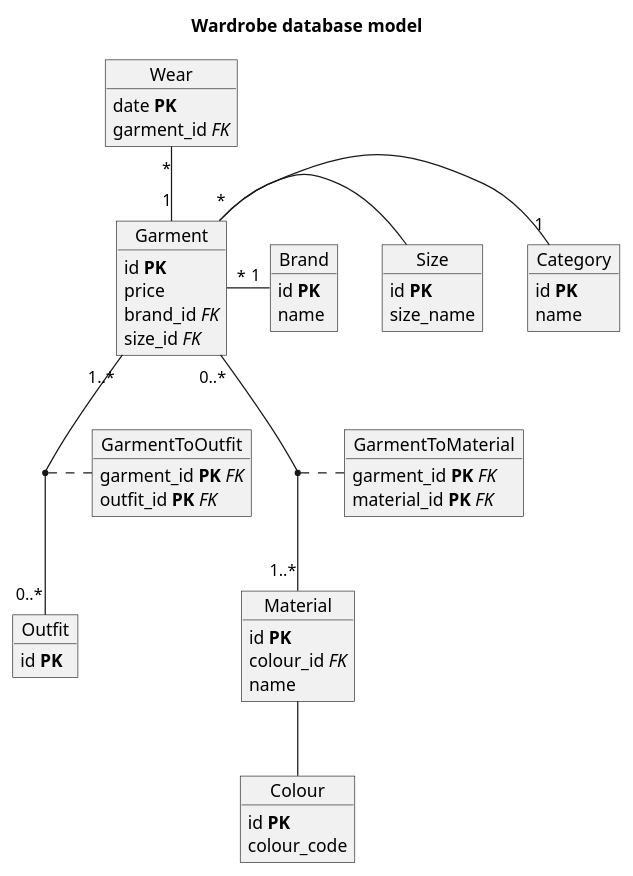
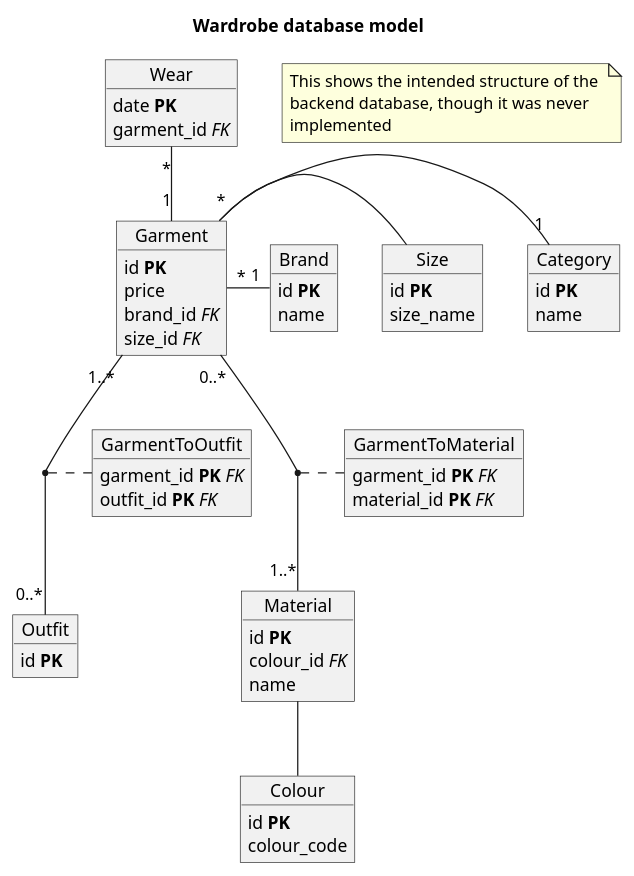
One commit to Kohort13/PG3302-Eksamen changed the diagram in UML diagrams/DataModel.puml. Above: the diagram before and after it, drawn with PlantUML. The commit also changed 3 other files, not shown here.

Commit message:
Finished UML-diagrams

```diff
--- a/UML diagrams/DataModel.puml
+++ b/UML diagrams/DataModel.puml
@@ -1,68 +1,73 @@
 @startuml Database
 
 title Wardrobe database model
+note as Info
+This shows the intended structure of the 
+backend database, though it was never
+implemented
+end note
 
 object Garment{
     id **PK**
     price
     brand_id //FK//
     size_id //FK//
 }
 
 object GarmentToMaterial{
     garment_id **PK** //FK//
     material_id **PK** //FK//
 }
 
 object Outfit{
     id **PK**
 }
 
 object Category{
     id **PK**
     name
 }
 
 object GarmentToOutfit{
     garment_id **PK** //FK//
     outfit_id **PK** //FK//
 }
 
 object Size{
     id **PK**
     size_name
 }
 
 object Brand{
     id **PK**
     name
 }
 
 object Material{
     id **PK**
     colour_id //FK//
     name
 }
 
 object Wear{
     date **PK**
     garment_id //FK//
 }
 
 object Colour{
     id **PK**
     colour_code
 }
 
 
 Garment "1..*" -- "0..*" Outfit
 (Garment, Outfit) .. GarmentToOutfit
 Garment "0..*" -- "1..*" Material
 (Garment, Material) .. GarmentToMaterial
 Garment "*" -right- "1" Category
 Garment -right- Size
 Garment "*" -right- "1" Brand
 Wear "*" -- "1" Garment
 Material -- Colour
 
 @enduml
```
